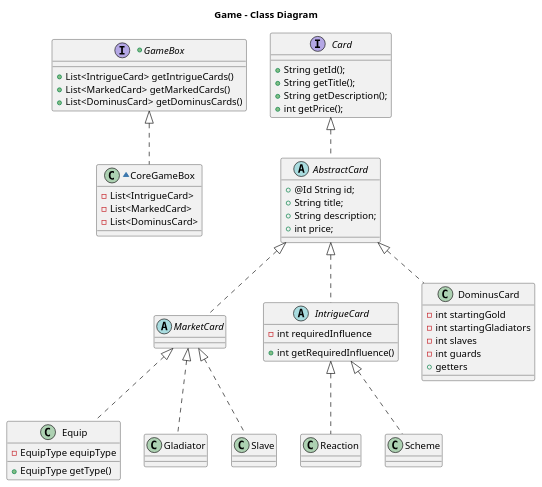
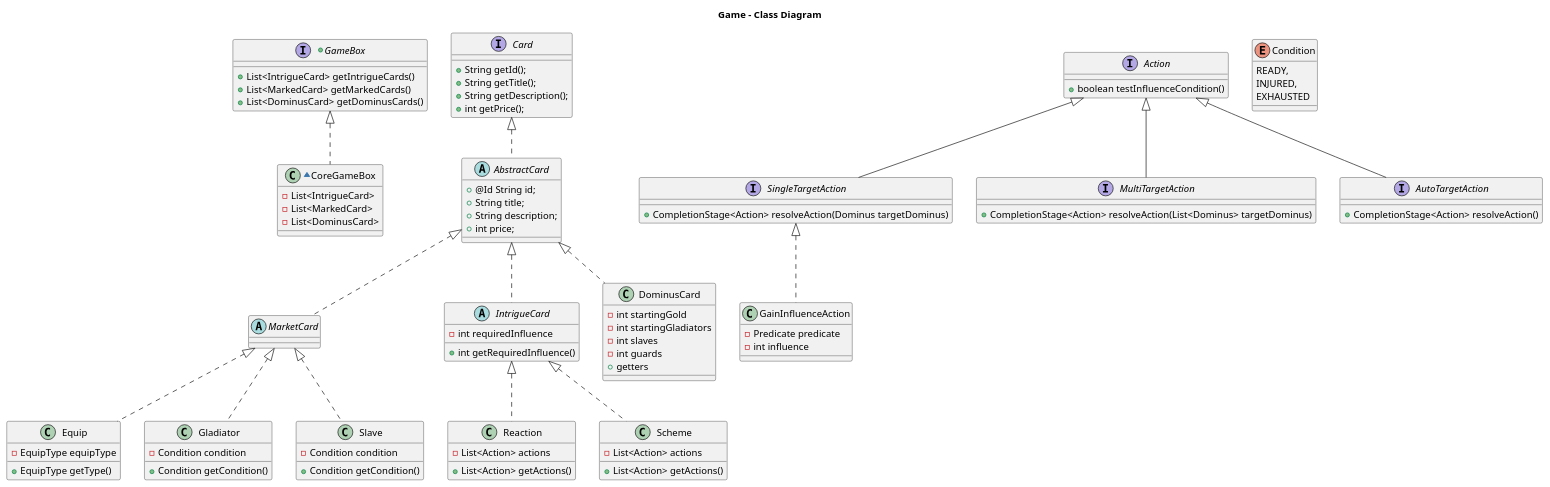
Before and after one commit to v-bodnar/Spartaaa: the diagram in Docs/GameBoxClassDiagram.puml, drawn with PlantUML. The commit also changed 7 other files, not shown here.

Commit message:
Intrigue Sequence Diagram finished

```diff
--- a/Docs/GameBoxClassDiagram.puml
+++ b/Docs/GameBoxClassDiagram.puml
@@ -1,65 +1,100 @@
 @startuml
 
 title Game - Class Diagram
 
 
 +interface GameBox {
   + List<IntrigueCard> getIntrigueCards()
   + List<MarkedCard> getMarkedCards()
   + List<DominusCard> getDominusCards()
 }
 
 ~class CoreGameBox implements GameBox{
   -List<IntrigueCard>
   -List<MarkedCard>
   -List<DominusCard>
 }
 
 interface Card{
     + String getId();
     + String getTitle();
     + String getDescription();
     + int getPrice();
 }
 
 abstract class AbstractCard implements Card{
     + @Id String id;
     + String title;
     + String description;
     + int price;
 }
 
 
 abstract class MarketCard implements AbstractCard{
 }
 
 abstract class IntrigueCard implements AbstractCard{
     - int requiredInfluence
     + int getRequiredInfluence()
 }
 
 class Equip implements MarketCard{
     - EquipType equipType
     + EquipType getType()
 }
 
 class Gladiator implements MarketCard{
+    - Condition condition
+    + Condition getCondition()
 }
 
 class Slave implements MarketCard{
+    - Condition condition
+    + Condition getCondition()
 }
 
 class Reaction implements IntrigueCard{
+    -List<Action> actions
+    + List<Action> getActions()
 }
 
 class Scheme implements IntrigueCard{
+    -List<Action> actions
+    + List<Action> getActions()
+}
+
+interface Action{
+    + boolean testInfluenceCondition()
+}
+
+interface SingleTargetAction extends Action{
+    + CompletionStage<Action> resolveAction(Dominus targetDominus)
+}
+
+interface MultiTargetAction extends Action{
+    + CompletionStage<Action> resolveAction(List<Dominus> targetDominus)
+}
+
+interface AutoTargetAction extends Action{
+    + CompletionStage<Action> resolveAction()
+}
+
+class GainInfluenceAction implements SingleTargetAction{
+    - Predicate predicate
+    - int influence
 }
 
 class DominusCard implements AbstractCard{
     -int startingGold
     -int startingGladiators
     -int slaves
     -int guards
     + getters
 }
+
+enum Condition{
+    READY,
+    INJURED,
+    EXHAUSTED
+}
 @enduml
```
